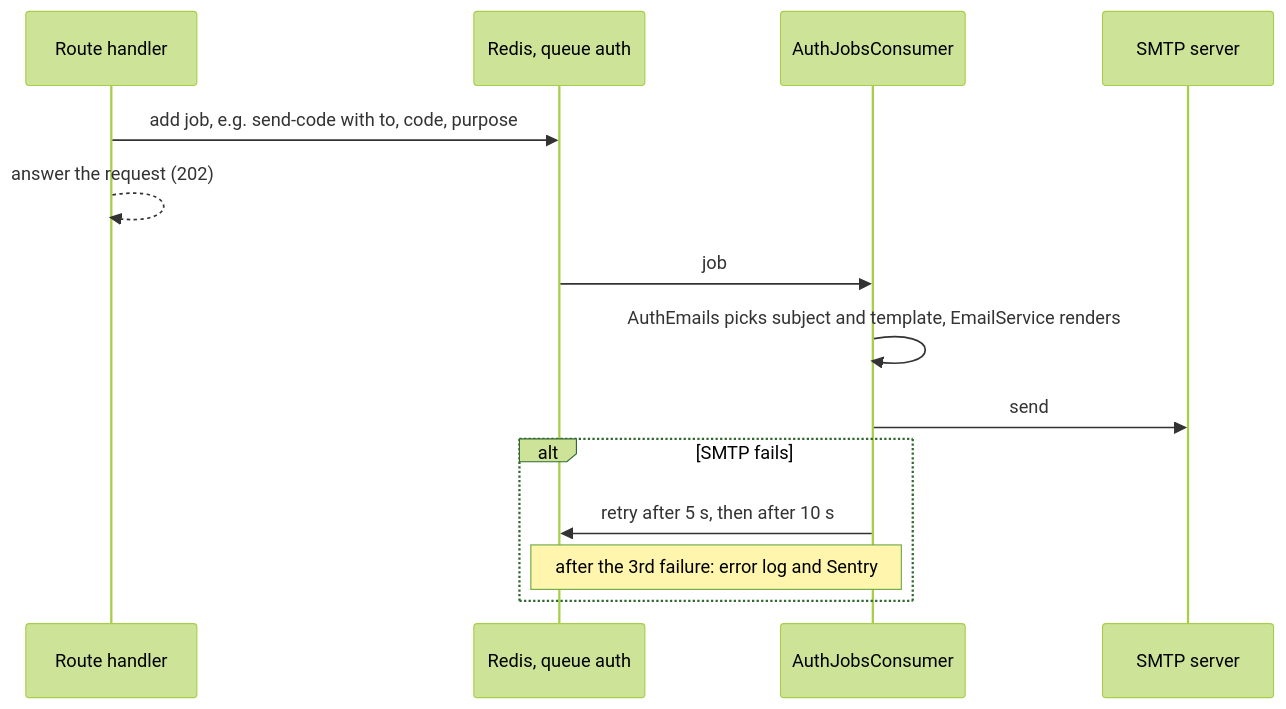
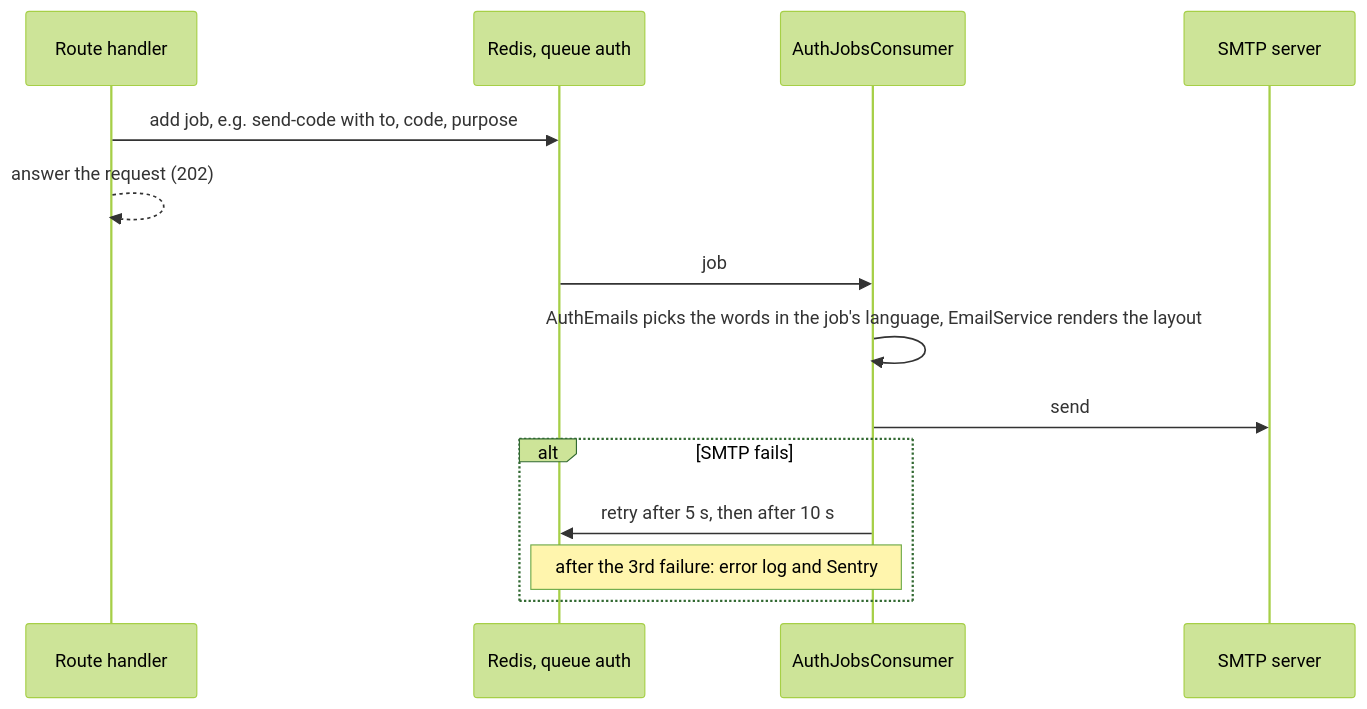
Before and after one commit to StoriuSs/NezFocus-Backend: the diagram in docs/auth/emails.md, drawn with Mermaid (forest theme). The commit also changed other lines of this file and 143 other files, not shown here.

First line of the commit message:
feat(auth): codes by email for sign-up and sign-in (L6)

````diff
--- a/docs/auth/emails.md
+++ b/docs/auth/emails.md
@@ -170,16 +166,16 @@
 ```mermaid
 sequenceDiagram
     participant H as Route handler
     participant Q as Redis, queue auth
     participant C as AuthJobsConsumer
     participant S as SMTP server
     H->>Q: add job, e.g. send-code with to, code, purpose
     H-->>H: answer the request (202)
     Q->>C: job
-    C->>C: AuthEmails picks subject and template, EmailService renders
+    C->>C: AuthEmails picks the words in the job's language, EmailService renders the layout
     C->>S: send
     alt SMTP fails
         C->>Q: retry after 5 s, then after 10 s
         Note over C,Q: after the 3rd failure: error log and Sentry
     end
 ```
````
